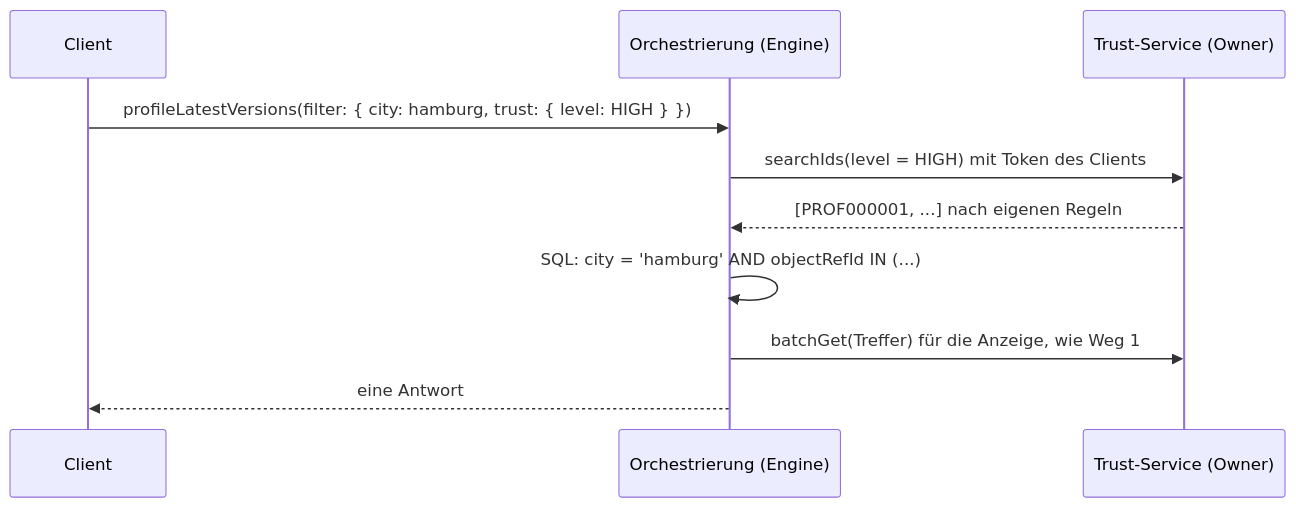
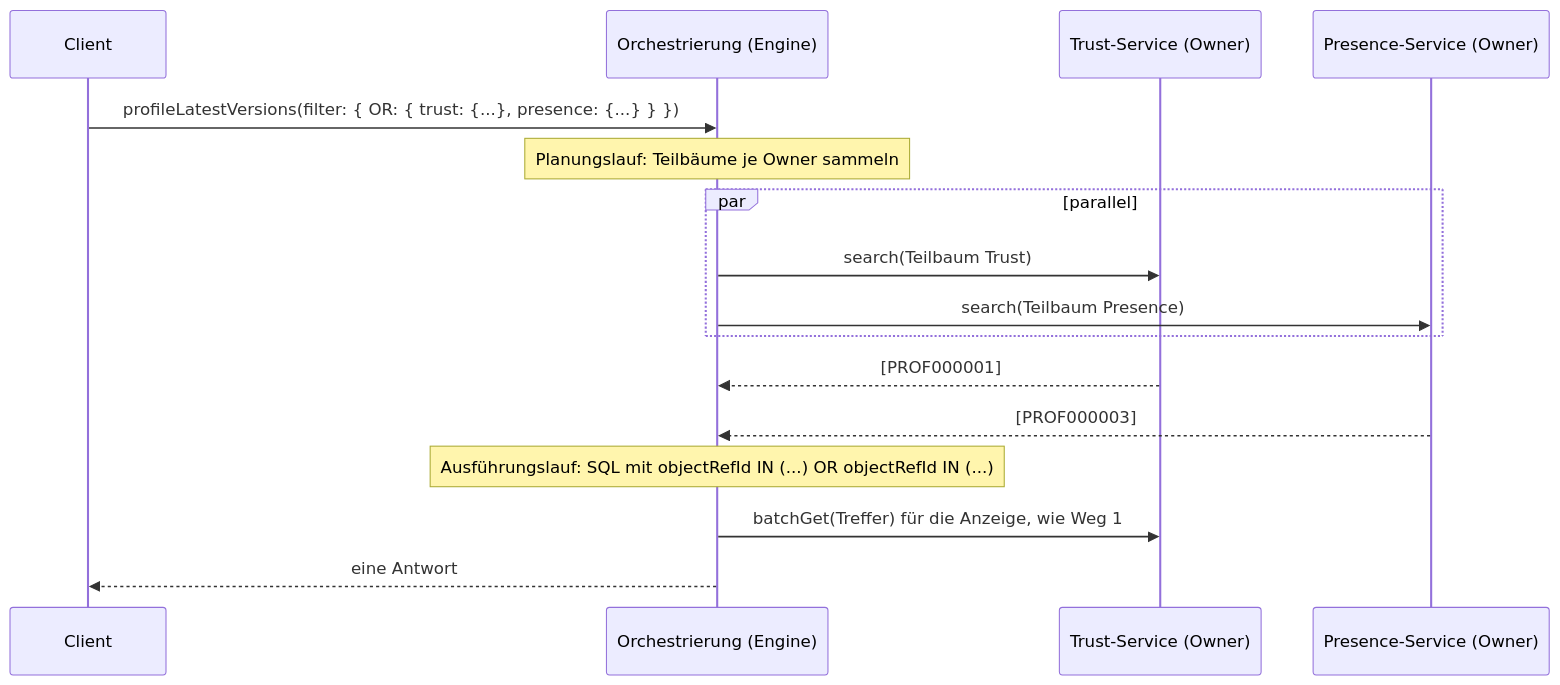
The second of 2 diagrams in docs/GQL2-MICROSERVICES.md (r4mercur/generic-graphql), drawn with Mermaid before and after one commit. The commit also changed other lines of this file and 23 other files, not shown here.

````diff
--- a/docs/GQL2-MICROSERVICES.md
+++ b/docs/GQL2-MICROSERVICES.md
@@ -369,12 +337,18 @@
 ```mermaid
 sequenceDiagram
     participant C as Client
     participant O as Orchestrierung (Engine)
     participant T as Trust-Service (Owner)
-    C->>O: profileLatestVersions(filter: { city: hamburg, trust: { level: HIGH } })
-    O->>T: searchIds(level = HIGH) mit Token des Clients
-    T-->>O: [PROF000001, ...] nach eigenen Regeln
-    O->>O: SQL: city = 'hamburg' AND objectRefId IN (...)
+    participant P as Presence-Service (Owner)
+    C->>O: profileLatestVersions(filter: { OR: { trust: {...}, presence: {...} } })
+    Note over O: Planungslauf: Teilbäume je Owner sammeln
+    par parallel
+        O->>T: search(Teilbaum Trust)
+        O->>P: search(Teilbaum Presence)
+    end
+    T-->>O: [PROF000001]
+    P-->>O: [PROF000003]
+    Note over O: Ausführungslauf: SQL mit objectRefId IN (...) OR objectRefId IN (...)
     O->>T: batchGet(Treffer) für die Anzeige, wie Weg 1
     O-->>C: eine Antwort
 ```
````
